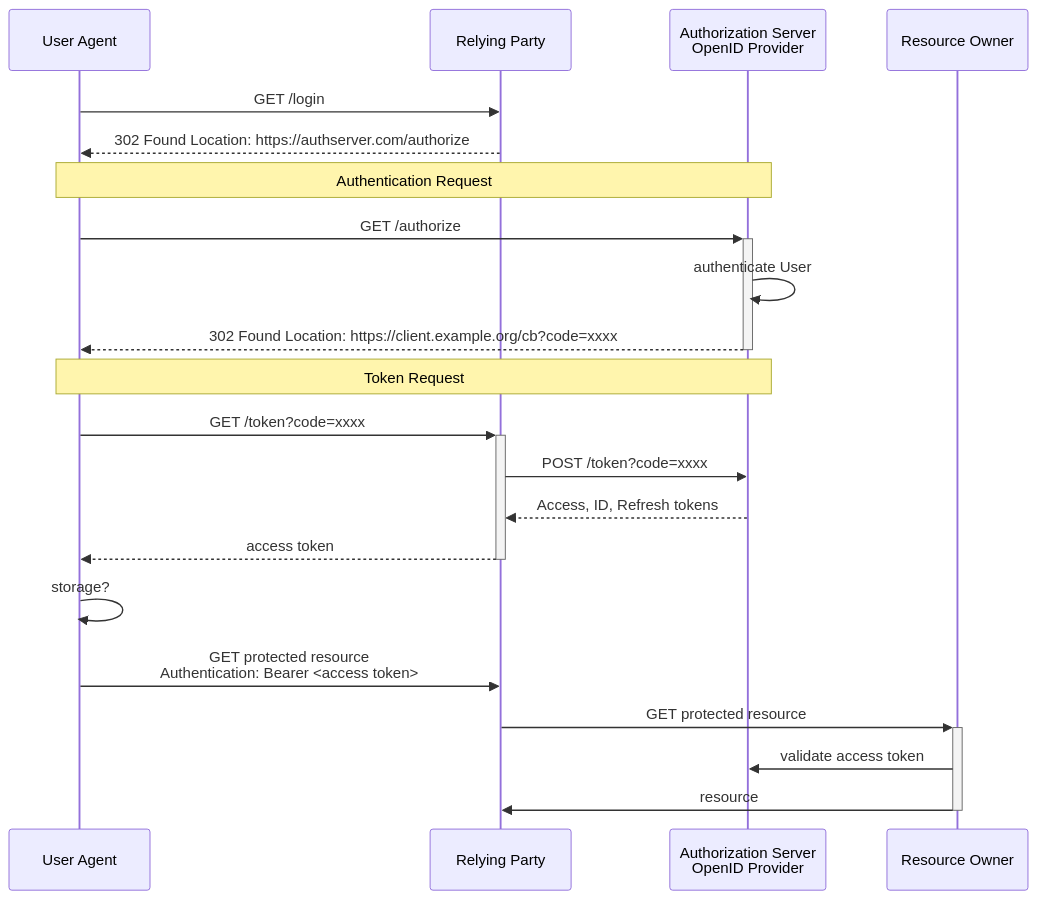
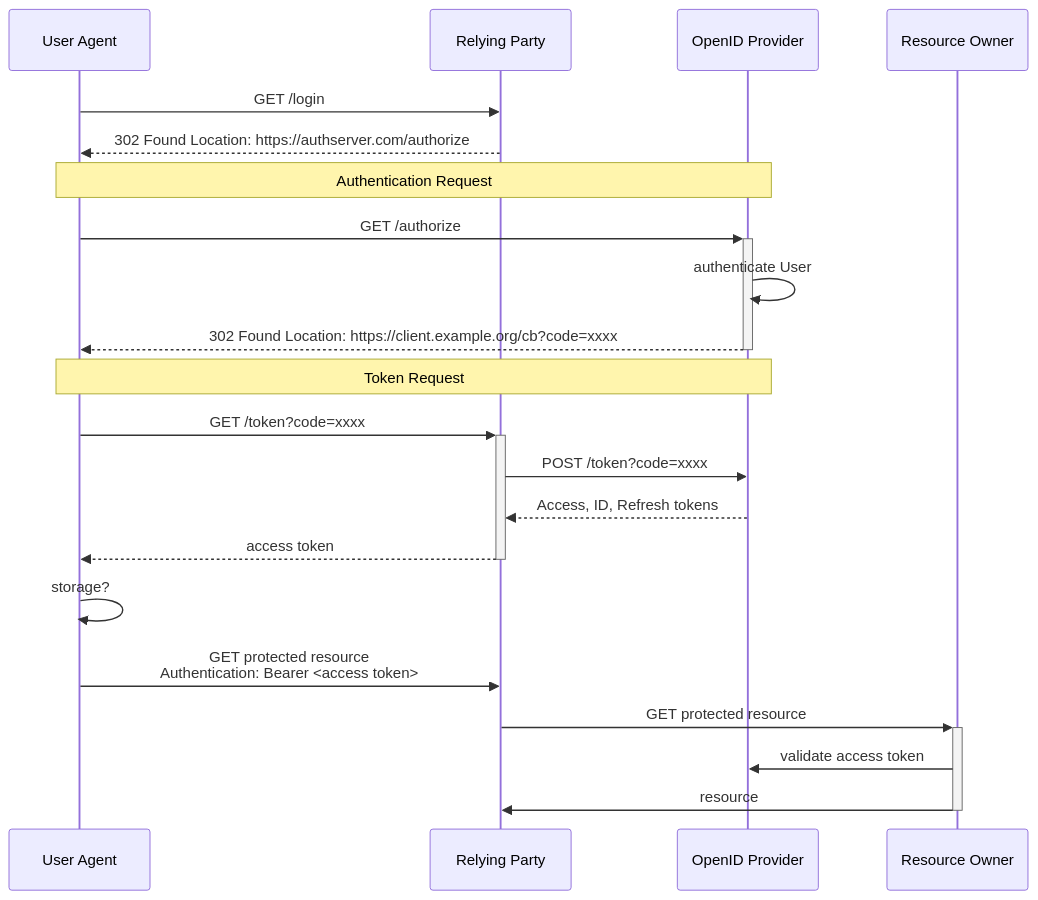
The diagram in design/auth/oidc-auth-code.mmd (pagopa/p4pa-doc), drawn with Mermaid before and after one commit.

```diff
--- a/design/auth/oidc-auth-code.mmd
+++ b/design/auth/oidc-auth-code.mmd
@@ -1,21 +1,21 @@
 sequenceDiagram
     participant UA as User Agent
     participant RP as Relying Party
-    participant AS as Authorization Server<br>OpenID Provider
+    participant AS as OpenID Provider
     participant RO as Resource Owner
     UA->> RP: GET /login
     RP -->> UA: 302 Found Location: https://authserver.com/authorize
     Note over UA,AS: Authentication Request
     UA ->>+ AS: GET /authorize
     AS ->> AS: authenticate User
     AS -->>- UA: 302 Found Location: https://client.example.org/cb?code=xxxx
     Note over UA,AS: Token Request
     UA ->>+ RP: GET /token?code=xxxx
     RP ->> AS: POST /token?code=xxxx
     AS -->> RP: Access, ID, Refresh tokens
     RP -->>- UA: access token
     UA ->> UA: storage?
     UA ->> RP: GET protected resource<br>Authentication: Bearer <access token>
     RP ->>+ RO: GET protected resource
     RO ->> AS: validate access token
     RO ->>- RP: resource
```
